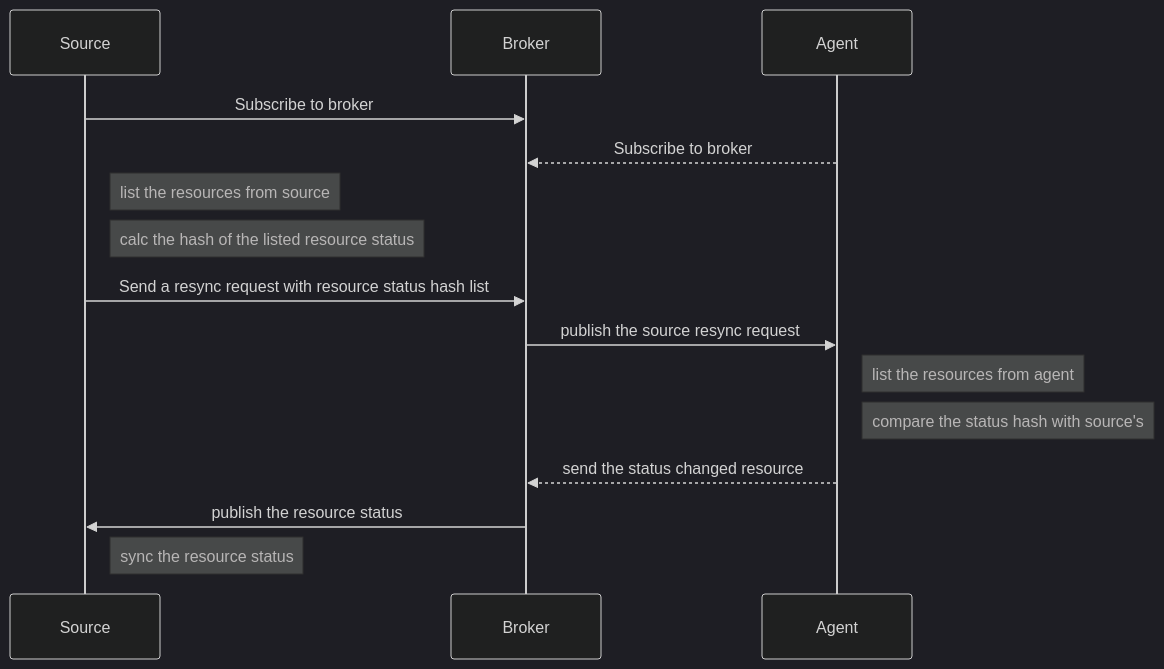
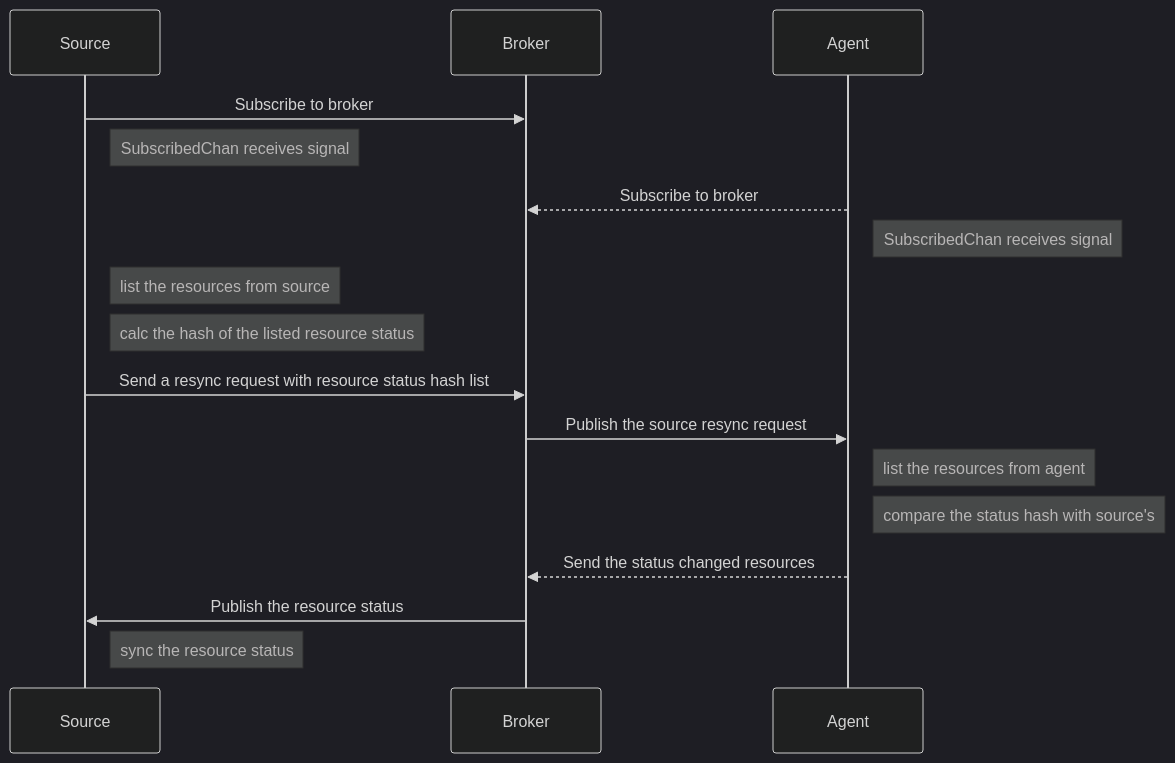
The fifth of 10 diagrams in pkg/cloudevents/doc/design.md (open-cluster-management-io/sdk-go), drawn with Mermaid (dark theme) before and after one commit. The commit also changed other lines of this file and 2 other files, not shown here.

````diff
--- a/pkg/cloudevents/doc/design.md
+++ b/pkg/cloudevents/doc/design.md
@@ -141,15 +176,17 @@
 ```mermaid
 sequenceDiagram
 
 Source->>Broker: Subscribe to broker
+Note right of Source: SubscribedChan receives signal
 Agent-->>Broker: Subscribe to broker
+Note right of Agent: SubscribedChan receives signal
 Note right of Source: list the resources from source
 Note right of Source: calc the hash of the listed resource status
 Source->>Broker: Send a resync request with resource status hash list
-Broker->>Agent: publish the source resync request
+Broker->>Agent: Publish the source resync request
 Note right of Agent: list the resources from agent
 Note right of Agent: compare the status hash with source's
-Agent-->>Broker: send the status changed resource
-Broker->>Source: publish the resource status
+Agent-->>Broker: Send the status changed resources
+Broker->>Source: Publish the resource status
 Note right of Source: sync the resource status
 ```
````
